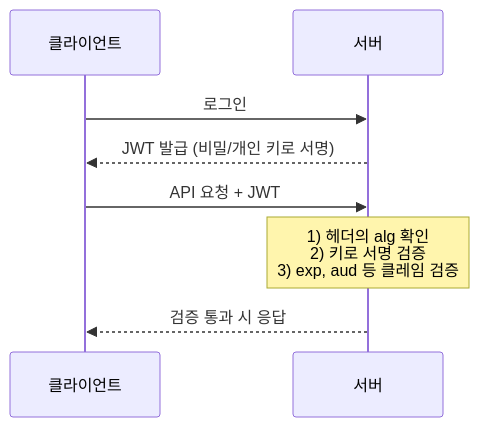
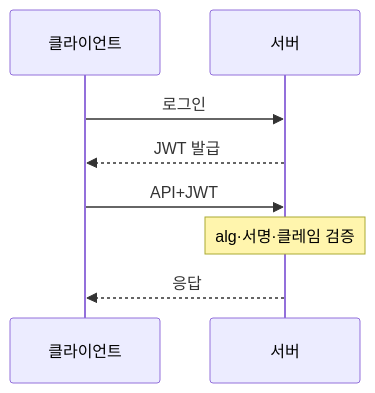
One commit to logiciris/logiciris.github.io changed the first of 2 diagrams in _notes/jwt-vulnerabilities.md. Above: the diagram before and after it, drawn with Mermaid. The commit also changed other lines of this file and 28 other files, not shown here.

Commit message:
Notes batches 1-2: qa fixes (accuracy, links, mermaid labels)

````diff
--- a/_notes/jwt-vulnerabilities.md
+++ b/_notes/jwt-vulnerabilities.md
@@ -37,10 +37,10 @@
 ```mermaid
 sequenceDiagram
     participant C as 클라이언트
     participant S as 서버
     C->>S: 로그인
-    S-->>C: JWT 발급 (비밀/개인 키로 서명)
-    C->>S: API 요청 + JWT
-    Note over S: 1) 헤더의 alg 확인<br/>2) 키로 서명 검증<br/>3) exp, aud 등 클레임 검증
-    S-->>C: 검증 통과 시 응답
+    S-->>C: JWT 발급
+    C->>S: API+JWT
+    Note over S: alg·서명·클레임 검증
+    S-->>C: 응답
 ```
````
